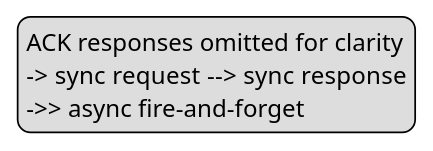
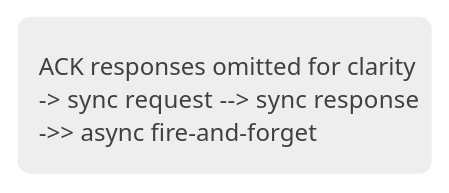
One commit to artem-from-ua/claude-plugins changed the first of 3 diagrams in plugins/plantuml/skills/plantuml-diagram-guide/references/sequence.md. Above: the diagram before and after it, drawn with PlantUML. The commit also changed other lines of this file and 7 other files, not shown here.

First line of the commit message:
feat(plantuml): style legends with skinparams, darken palette fills (#412)

````diff
--- a/plugins/plantuml/skills/plantuml-diagram-guide/references/sequence.md
+++ b/plugins/plantuml/skills/plantuml-diagram-guide/references/sequence.md
@@ -53,7 +53,13 @@
 ```plantuml
+skinparam legendBackgroundColor #EEEEEE
+skinparam legendBorderColor transparent
+skinparam LegendFontColor #404040
+
 legend right
-  ACK responses omitted for clarity
-  -> sync request  --> sync response
-  ->> async fire-and-forget
+  <size:6> </size>
+    ACK responses omitted for clarity<size:17> </size>
+    -> sync request  --> sync response
+    ->> async fire-and-forget
+  <size:6> </size>
 end legend
 ```
````
